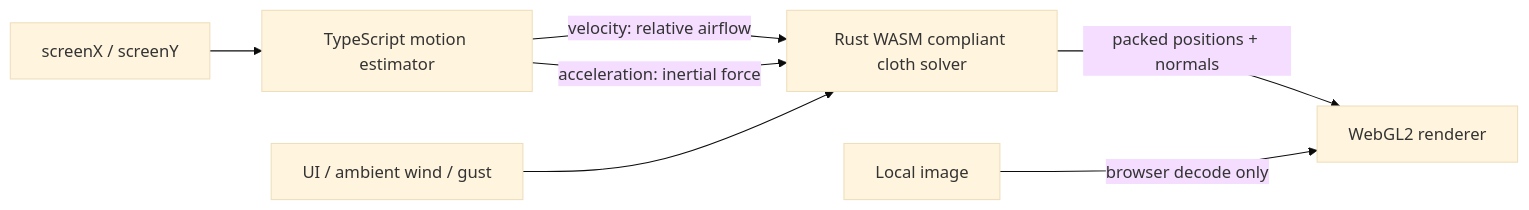
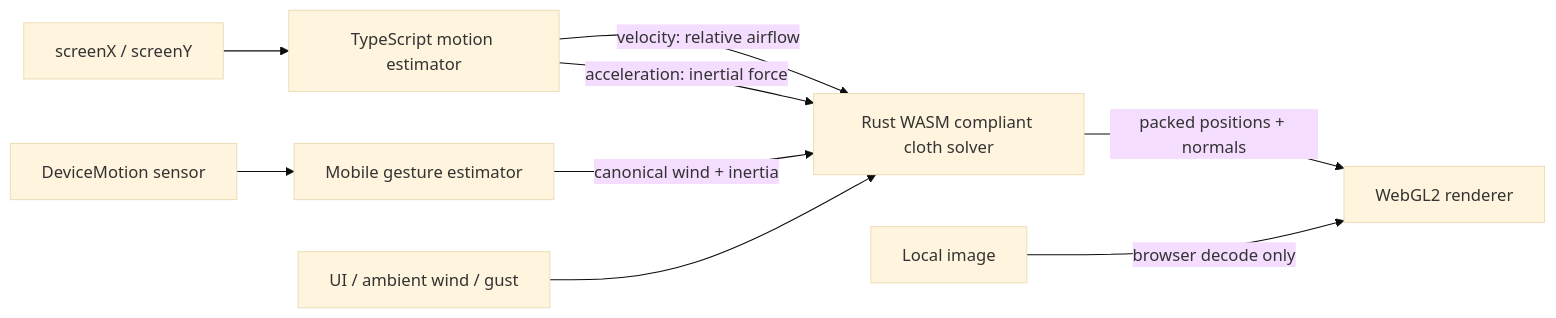
One commit to jFriedli/wasm-cloth-lab changed the diagram in README.md. Above: the diagram before and after it, drawn with Mermaid (base theme). The commit also changed other lines of this file and 5 other files, not shown here.

Commit message:
docs: document mobile motion model and testing

````diff
--- a/README.md
+++ b/README.md
@@ -23,9 +24,11 @@
 ```mermaid
 flowchart LR
   Screen[screenX / screenY] --> Filter[TypeScript motion estimator]
   Filter -->|velocity: relative airflow| WASM
   Filter -->|acceleration: inertial force| WASM
+  Phone[DeviceMotion sensor] --> Mobile[Mobile gesture estimator]
+  Mobile -->|canonical wind + inertia| WASM
   Input[UI / ambient wind / gust] --> WASM[Rust WASM compliant cloth solver]
   WASM -->|packed positions + normals| GL[WebGL2 renderer]
   Local[Local image] -->|browser decode only| GL
 ```
````
